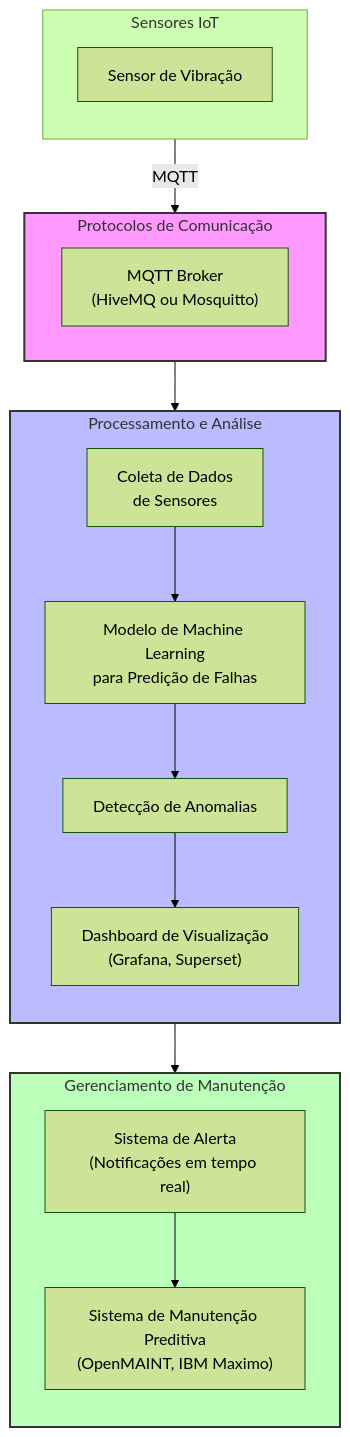
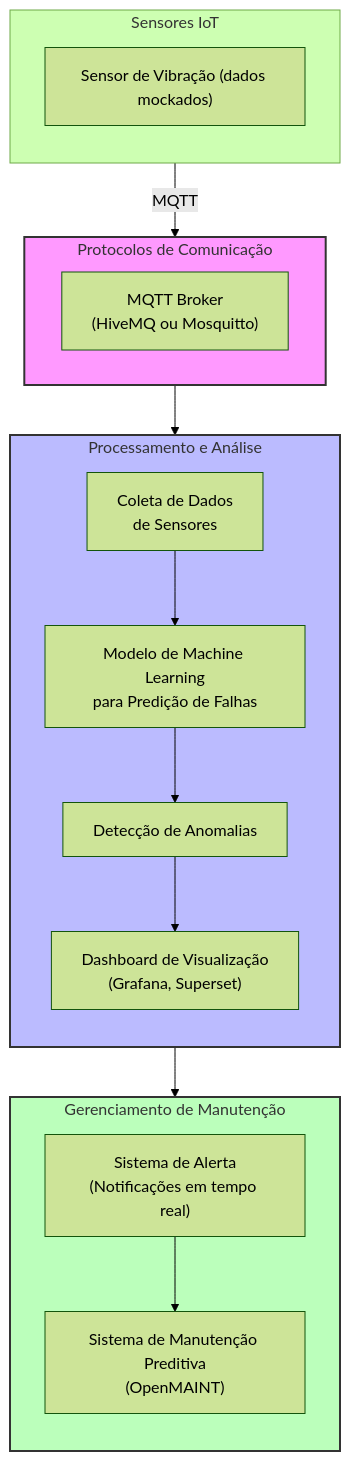
One commit to 2024S2-CCIoT/anthon_hax changed the second of 2 diagrams in artigo.md. Above: the diagram before and after it, drawn with Mermaid (forest theme). The commit also changed other lines of this file and 1 other file, not shown here.

````diff
--- a/artigo.md
+++ b/artigo.md
@@ -63,45 +71,45 @@
 ```mermaid
 flowchart TD
     subgraph IoT_Sensors["Sensores IoT"]
         direction TB
-        Sensor1["Sensor de Vibração"]
+        Sensor1["Sensor de Vibração (dados mockados)"]
     end
 
     subgraph Protocolos["Protocolos de Comunicação"]
         direction LR
         MQTT["MQTT Broker<br>(HiveMQ ou Mosquitto)"]
     end
 
     subgraph Processamento["Processamento e Análise"]
         direction TB
         DataCollection["Coleta de Dados<br>de Sensores"]
         MLModel["Modelo de Machine Learning<br>para Predição de Falhas"]
         AnomalyDetection["Detecção de Anomalias"]
         Dashboard["Dashboard de Visualização<br>(Grafana, Superset)"]
     end
 
     subgraph Gerenciamento["Gerenciamento de Manutenção"]
         direction TB
-        MaintenanceSystem["Sistema de Manutenção Preditiva<br>(OpenMAINT, IBM Maximo)"]
+        MaintenanceSystem["Sistema de Manutenção Preditiva<br>(OpenMAINT)"]
         AlertSystem["Sistema de Alerta<br>(Notificações em tempo real)"]
     end
 
     %% Fluxos de Dados
     Sensor1 -->|MQTT| MQTT
     MQTT --> DataCollection
 
     DataCollection --> MLModel
     MLModel --> AnomalyDetection
     AnomalyDetection --> AlertSystem
     AnomalyDetection --> Dashboard
     AlertSystem --> MaintenanceSystem
 
     %% Legend
     classDef protocolo fill:#f9f,stroke:#333,stroke-width:2px;
     classDef processamento fill:#bbf,stroke:#333,stroke-width:2px;
     classDef gerenciamento fill:#bfb,stroke:#333,stroke-width:2px;
     
     class Protocolos protocolo;
     class Processamento processamento;
     class Gerenciamento gerenciamento;
 ```
````
